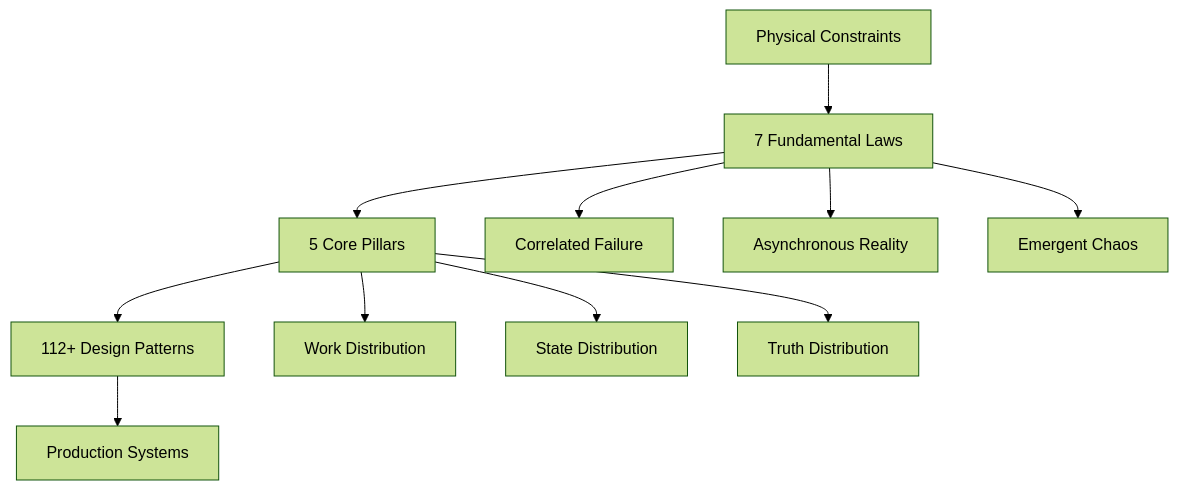
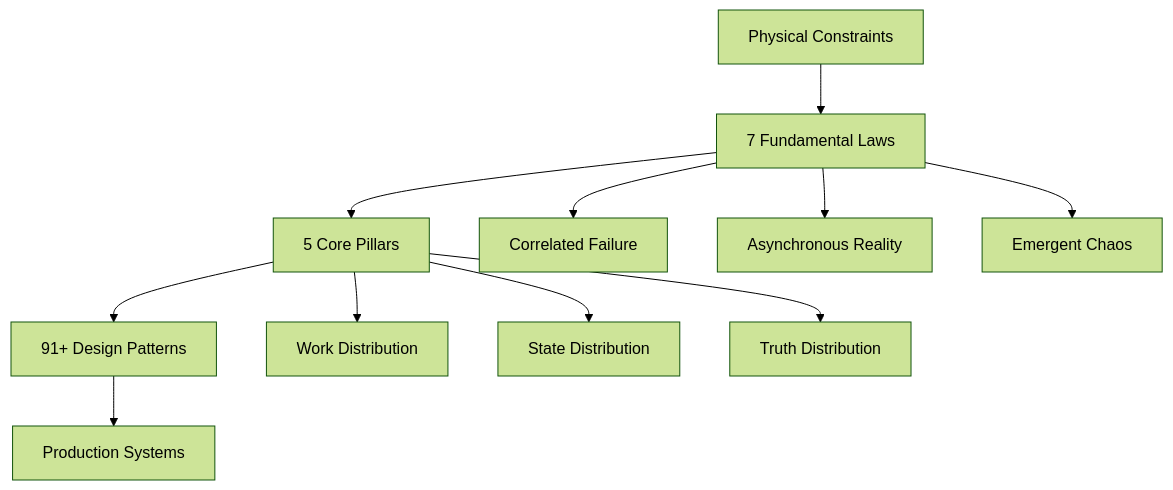
One commit to deepaucksharma/DStudio changed the diagram in docs/core-principles/index.md. Above: the diagram before and after it, drawn with Mermaid (forest theme). The commit also changed 177 other files, not shown here.

````diff
--- a/docs/core-principles/index.md
+++ b/docs/core-principles/index.md
@@ -16,15 +16,15 @@
 ```mermaid
 graph TB
     Physics[Physical Constraints] --> Laws[7 Fundamental Laws]
     Laws --> Pillars[5 Core Pillars]
-    Pillars --> Patterns[112+ Design Patterns]
+    Pillars --> Patterns[91+ Design Patterns]
     Patterns --> Systems[Production Systems]
     
     Laws --> L1[Correlated Failure]
     Laws --> L2[Asynchronous Reality]
     Laws --> L3[Emergent Chaos]
     
     Pillars --> P1[Work Distribution]
     Pillars --> P2[State Distribution]
     Pillars --> P3[Truth Distribution]
 ```
````
